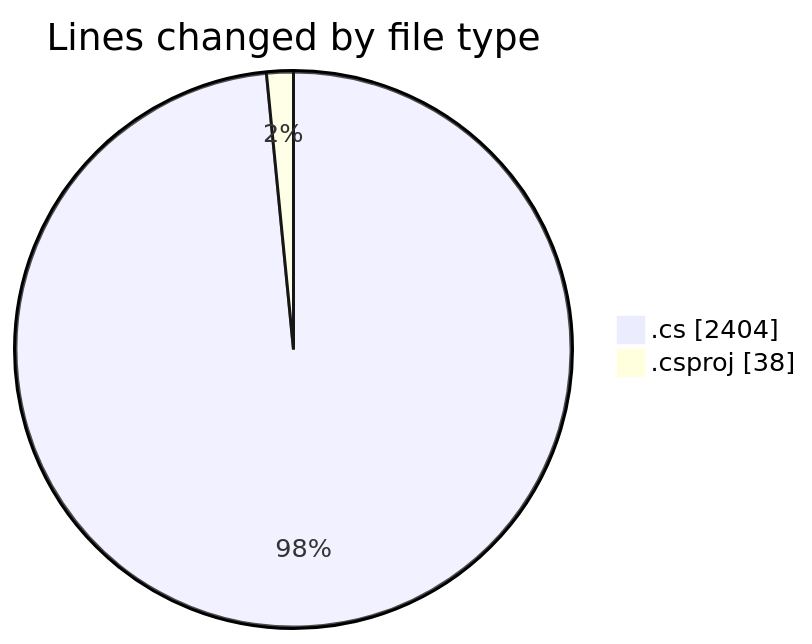
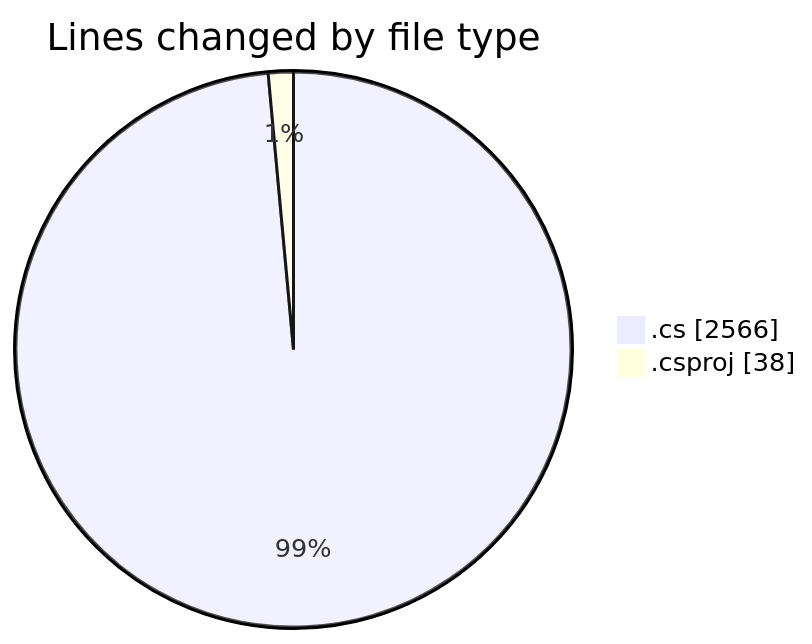
One commit to Netris89/code-tracking changed the first of 2 diagrams in 2025-04-02/back-end/README.md. Above: the diagram before and after it, drawn with Mermaid. The commit also changed other lines of this file and 1 other file, not shown here.

````diff
--- a/2025-04-02/back-end/README.md
+++ b/2025-04-02/back-end/README.md
@@ -31,6 +31,6 @@
 ```mermaid
 pie showData
 title Lines changed by file type
-".cs" : 2404
+".cs" : 2566
 ".csproj" : 38
 ```
````
